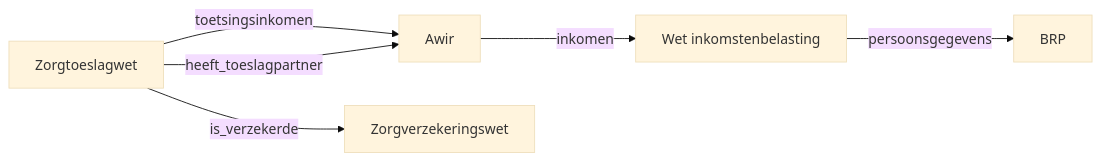
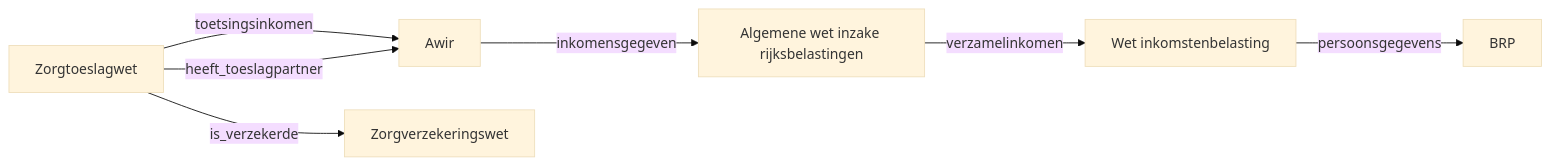
One commit to MinBZK/regelrecht changed the diagram in docs/src/content/docs/concepts/cross-law-references.md. Above: the diagram before and after it, drawn with Mermaid (base theme). The commit also changed 11 other files, not shown here.

````diff
--- a/docs/src/content/docs/concepts/cross-law-references.md
+++ b/docs/src/content/docs/concepts/cross-law-references.md
@@ -32,8 +32,9 @@
 ```mermaid
 flowchart LR
     ZT[Zorgtoeslagwet] -->|toetsingsinkomen| Awir
     ZT -->|heeft_toeslagpartner| Awir
     ZT -->|is_verzekerde| ZVW[Zorgverzekeringswet]
-    Awir -->|inkomen| WIB[Wet inkomstenbelasting]
+    Awir -->|inkomensgegeven| AWR[Algemene wet inzake rijksbelastingen]
+    AWR -->|verzamelinkomen| WIB[Wet inkomstenbelasting]
     WIB -->|persoonsgegevens| BRP[BRP]
 ```
````
